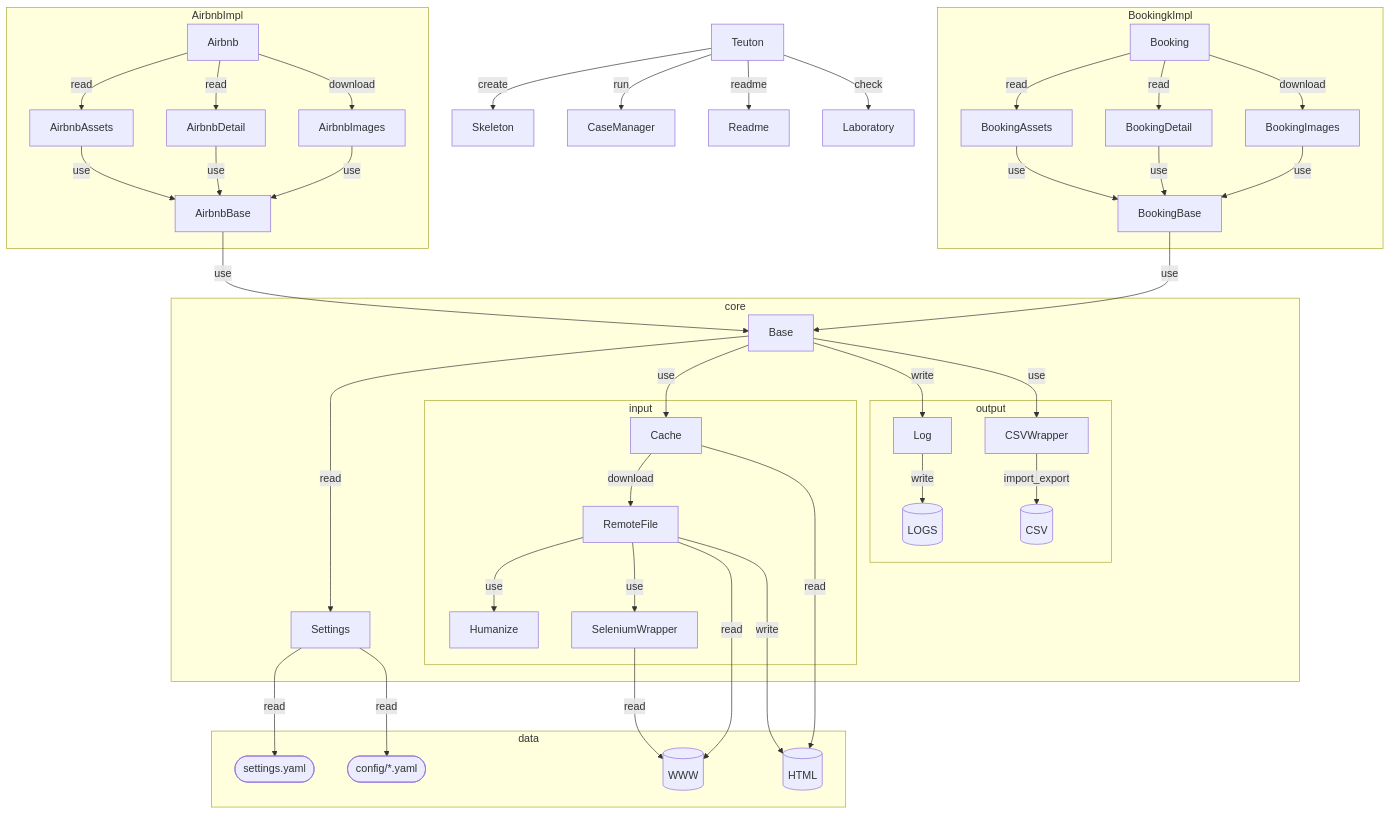
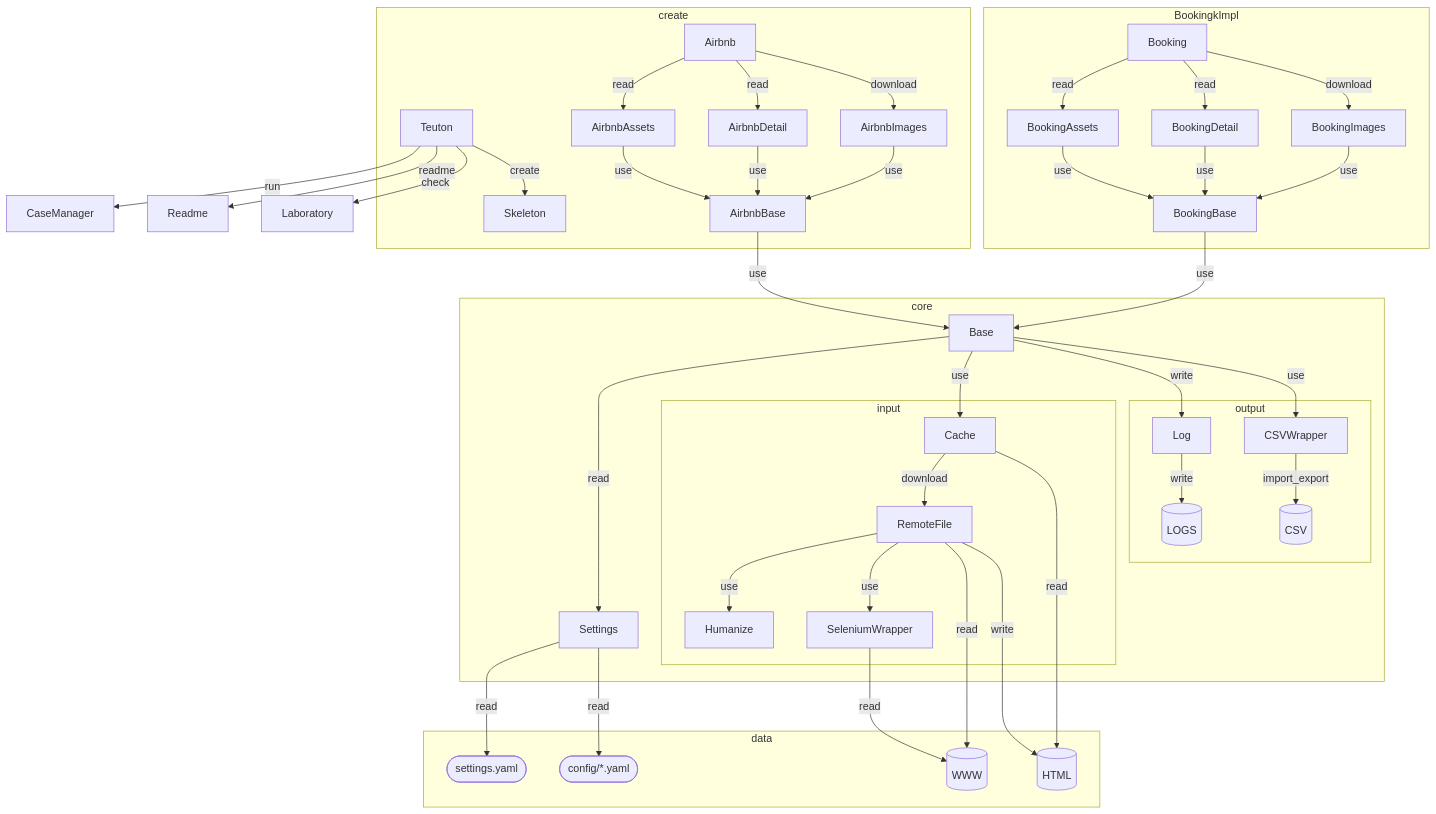
One commit to teuton-software/teuton changed the diagram in docs/diagram.md. Above: the diagram before and after it, drawn with Mermaid.

````diff
--- a/docs/diagram.md
+++ b/docs/diagram.md
@@ -5,57 +5,57 @@
 ```mermaid
 flowchart TB
 
-Teuton -- create --> Skeleton
 Teuton -- run --> CaseManager
 Teuton -- readme --> Readme
 Teuton -- check --> Laboratory
 
-subgraph AirbnbImpl
+subgraph create
+  Teuton -- create --> Skeleton
   Airbnb -- read --> AirbnbAssets
   Airbnb -- read --> AirbnbDetail
   Airbnb -- download --> AirbnbImages
 
   AirbnbAssets -- use --> AirbnbBase
   AirbnbDetail -- use --> AirbnbBase
   AirbnbImages -- use --> AirbnbBase
 end
 
 subgraph BookingkImpl
   Booking -- read --> BookingAssets
   Booking -- read --> BookingDetail
   Booking -- download --> BookingImages
 
   BookingAssets -- use --> BookingBase
   BookingDetail -- use --> BookingBase
   BookingImages -- use --> BookingBase
 end
 
 subgraph core
   AirbnbBase -- use --> Base
   BookingBase -- use --> Base
   Base -- read --> Settings
   Base -- use --> Cache
   Base -- write --> Log
   Base -- use --> CSVWrapper
 
   subgraph output
     CSVWrapper -- import_export --> csv[(CSV)]
     Log -- write --> logfile[(LOGS)]
   end
 
   subgraph input
     Cache -- download --> RemoteFile
     RemoteFile -- use --> Humanize
     RemoteFile -- use --> SeleniumWrapper
   end
 end
 
 subgraph data
   Settings -- read --> settingsyaml([settings.yaml])
   Settings -- read --> configyamls([config/*.yaml])
   RemoteFile -- read --> www[(WWW)]
   SeleniumWrapper -- read --> www[(WWW)]
   Cache -- read --> html[(HTML)]
   RemoteFile -- write --> html[(HTML)]
 end
 ```
````
